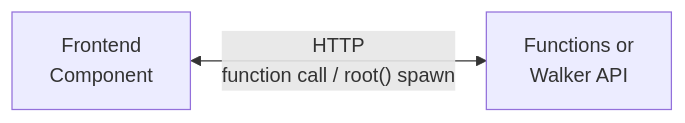
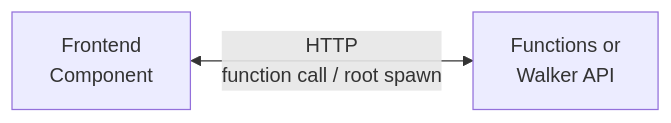
The diagram in jac-gpt/server/docs/tutorials/fullstack/backend.md (chrstophr/Agentic-AI), drawn with Mermaid before and after one commit. The commit also changed other lines of this file and 103 other files, not shown here.

````diff
--- a/jac-gpt/server/docs/tutorials/fullstack/backend.md
+++ b/jac-gpt/server/docs/tutorials/fullstack/backend.md
@@ -26,4 +26,4 @@
 ```mermaid
 graph LR
-    Frontend["Frontend<br/>Component"] <-- "HTTP<br/>function call / root() spawn" --> Backend["Functions or<br/>Walker API"]
+    Frontend["Frontend<br/>Component"] <-- "HTTP<br/>function call / root spawn" --> Backend["Functions or<br/>Walker API"]
 ```
````
